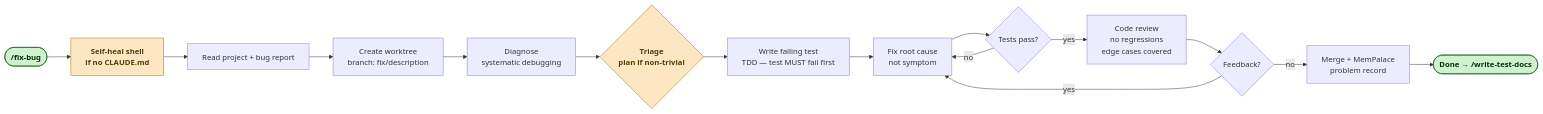
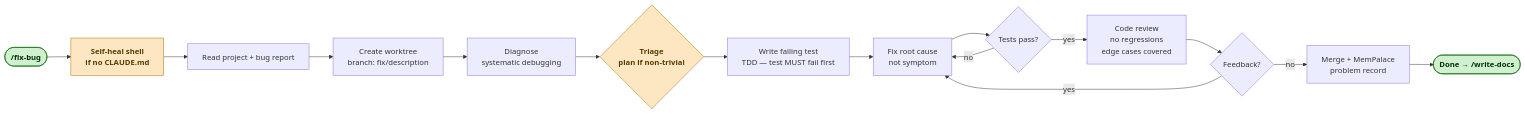
The fifth of 9 diagrams in docs/diagrams/skill-flows.md (VladislavSournine/vladyslav-skills), drawn with Mermaid before and after one commit. The commit also changed other lines of this file and 26 other files, not shown here.

````diff
--- a/docs/diagrams/skill-flows.md
+++ b/docs/diagrams/skill-flows.md
@@ -95,21 +95,21 @@
 ```mermaid
 flowchart LR
     A([/fix-bug]):::start --> SH[Self-heal shell\nif no CLAUDE.md]:::approval
     SH --> B[Read project + bug report]
     B --> C[Create worktree\nbranch: fix/description]
     C --> D[Diagnose\nsystematic debugging]
     D --> TR{Triage\nplan if non-trivial}:::approval
     TR --> E[Write failing test\nTDD — test MUST fail first]
     E --> F[Fix root cause\nnot symptom]
     F --> G{Tests pass?}
     G -- no  --> F
     G -- yes --> H[Code review\nno regressions\nedge cases covered]
     H --> I{Feedback?}
     I -- yes --> F
     I -- no  --> J[Merge + MemPalace\nproblem record]
-    J --> K([Done → /write-test-docs]):::done
+    J --> K([Done → /write-docs]):::done
 
     classDef start fill:#d0f0d0,stroke:#006600,color:#003300,font-weight:bold
     classDef done  fill:#d0f0d0,stroke:#006600,color:#003300,font-weight:bold
     classDef approval fill:#fde7c2,stroke:#a87000,color:#5a3a00,font-weight:bold
 ```
````
